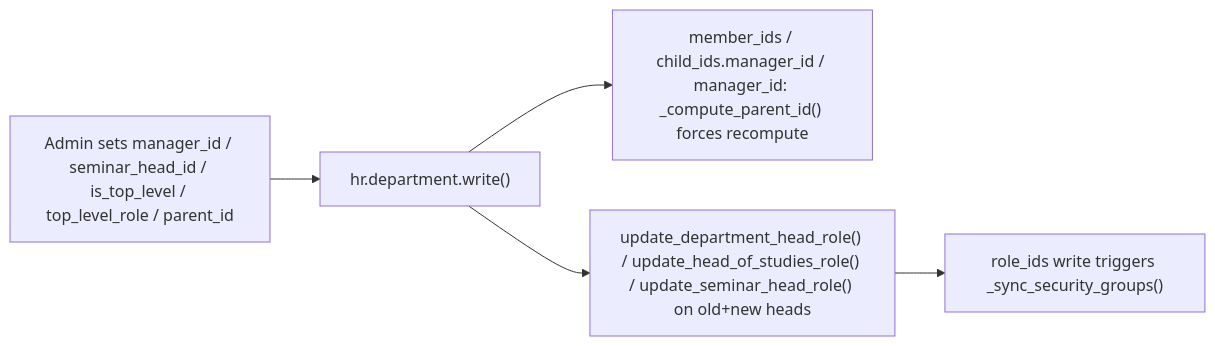
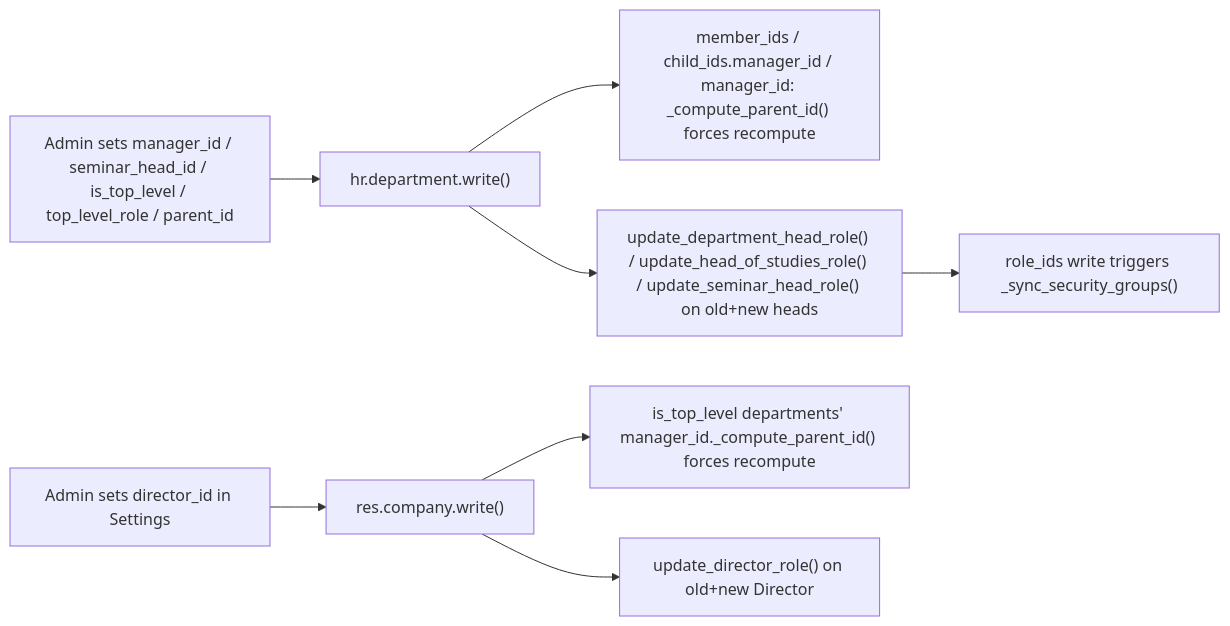
Before and after one commit to ElPuig/EMS: the second of 2 diagrams in docs/en/developers/employees/department.md, drawn with Mermaid. The commit also changed other lines of this file and 13 other files, not shown here.

````diff
--- a/docs/en/developers/employees/department.md
+++ b/docs/en/developers/employees/department.md
@@ -47,7 +54,10 @@
 ```mermaid
 flowchart LR
     A["Admin sets manager_id / seminar_head_id / is_top_level / top_level_role / parent_id"] --> B["hr.department.write()"]
     B --> C["member_ids / child_ids.manager_id / manager_id: _compute_parent_id() forces recompute"]
     B --> D["update_department_head_role() / update_head_of_studies_role() / update_seminar_head_role() on old+new heads"]
     D --> E["role_ids write triggers _sync_security_groups()"]
+    F["Admin sets director_id in Settings"] --> G["res.company.write()"]
+    G --> H["is_top_level departments' manager_id._compute_parent_id() forces recompute"]
+    G --> I["update_director_role() on old+new Director"]
 ```
````
